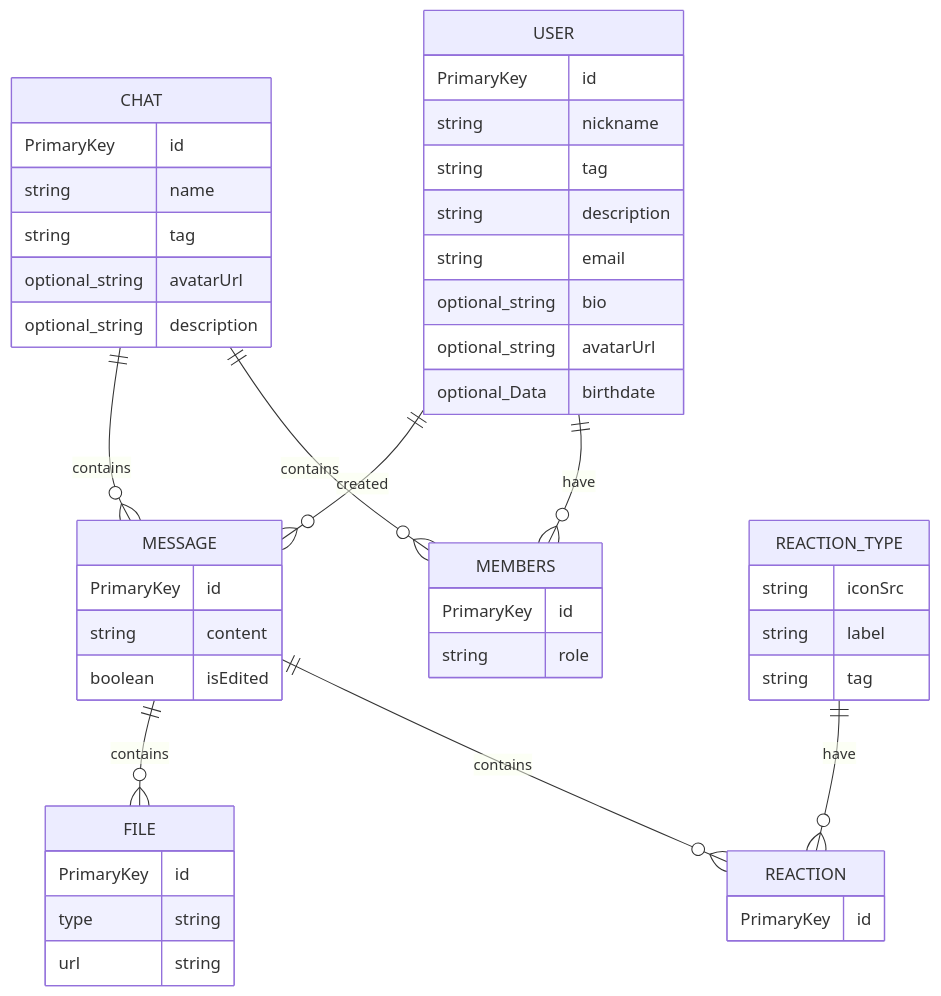
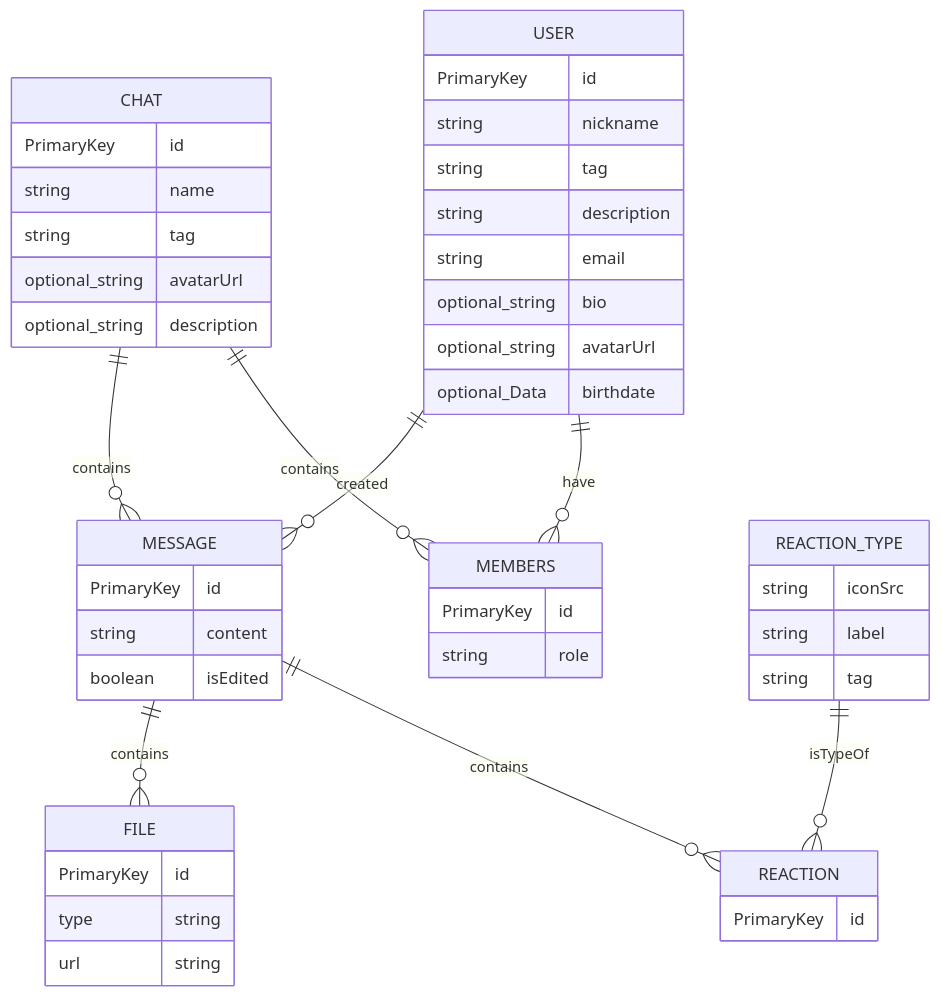
One commit to Hyperlivus/KPI-Labs changed the diagram in lab_1/declarative-diagram/diagram.mmd. Above: the diagram before and after it, drawn with Mermaid.

Commit message:
update declarative diagram

```diff
--- a/lab_1/declarative-diagram/diagram.mmd
+++ b/lab_1/declarative-diagram/diagram.mmd
@@ -1,55 +1,55 @@
 erDiagram
 	direction TB
 	MESSAGE {
 		PrimaryKey id  ""  
 		string content  ""  
 		boolean isEdited  ""  
 	}
 
 	FILE {
 		PrimaryKey id  ""  
 		type string  ""  
 		url string  ""  
 	}
 
 	CHAT {
 		PrimaryKey id  ""  
 		string name  ""  
 		string tag  ""  
 		optional_string avatarUrl  ""  
 		optional_string description  ""  
 	}
 
 	USER {
 		PrimaryKey id  ""  
 		string nickname  ""  
 		string tag  ""  
 		string description  ""  
 		string email  ""  
 		optional_string bio  ""  
 		optional_string avatarUrl  ""  
 		optional_Data birthdate  ""  
 	}
 
 	REACTION {
 		PrimaryKey id  ""  
 	}
 
 	MEMBERS {
 		PrimaryKey id  ""  
 		string role  ""  
 	}
 
 	REACTION_TYPE {
 		string iconSrc  ""  
 		string label  ""  
 		string tag  ""  
 	}
 
 	MESSAGE||--o{FILE:"contains"
 	CHAT||--o{MESSAGE:"contains"
 	USER||--o{MESSAGE:"created"
-	REACTION_TYPE||--o{REACTION:"have"
+	REACTION_TYPE||--o{REACTION:"isTypeOf"
 	MESSAGE||--o{REACTION:"contains"
 	CHAT||--o{MEMBERS:"contains"
     USER||--o{MEMBERS:"have"
```
